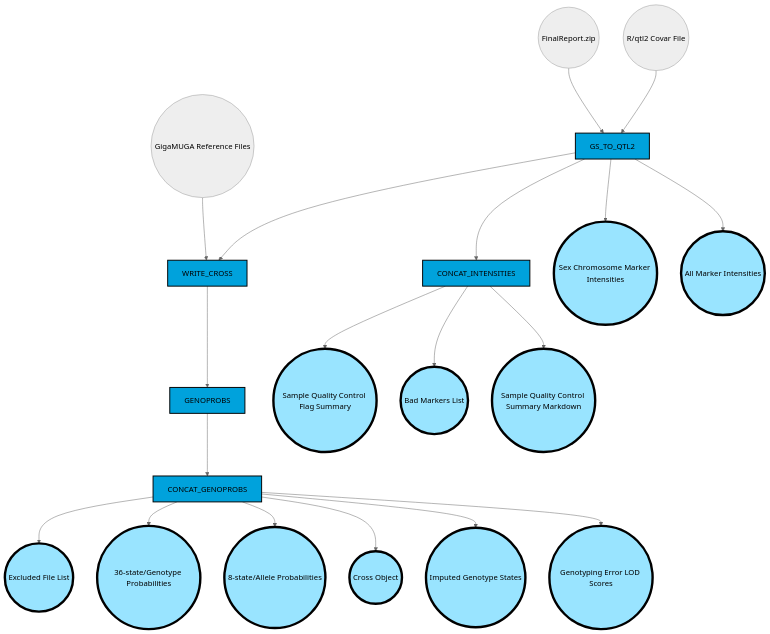
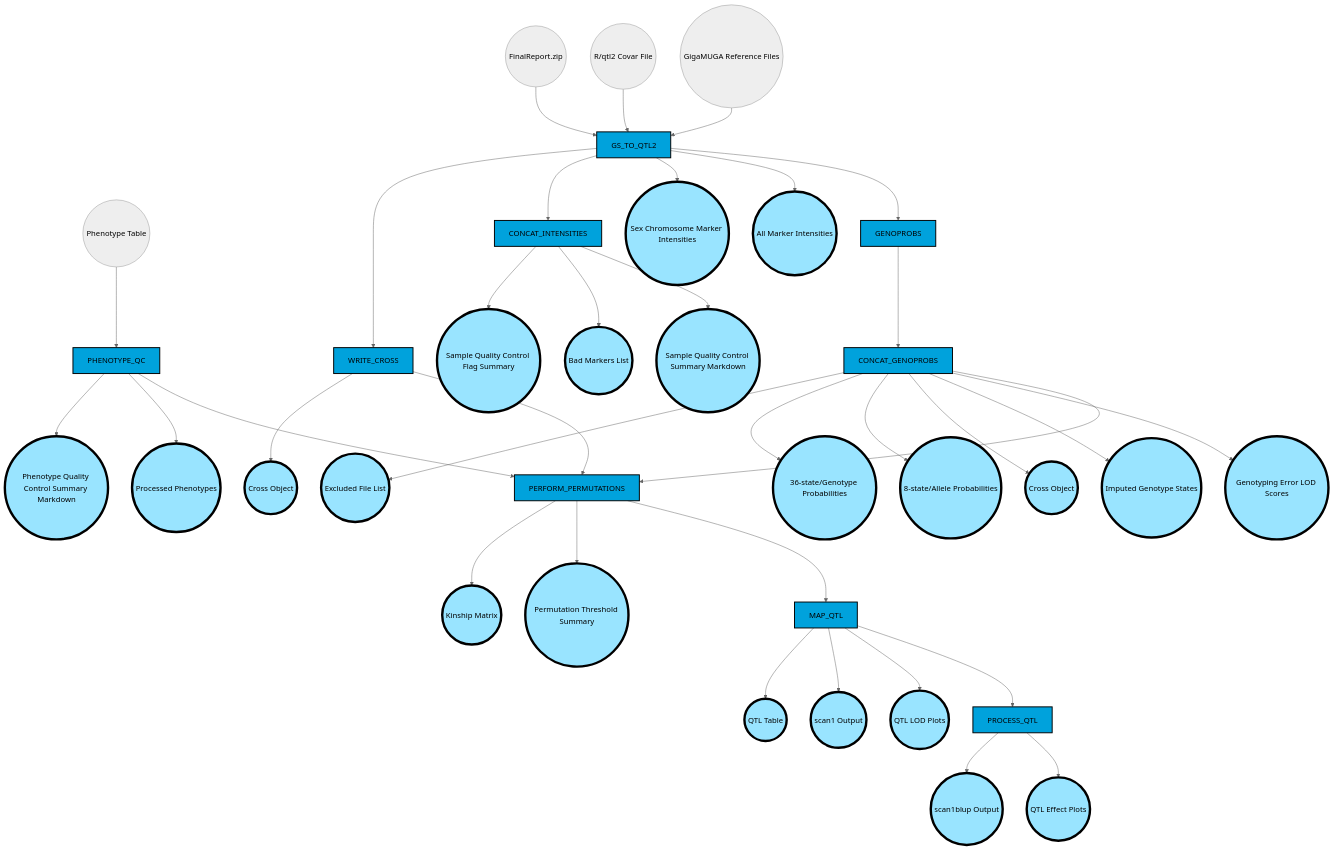
Before and after one commit to TheJacksonLaboratory/haplotype_reconstruction_qtl-nf: the diagram in README.md, drawn with Mermaid (neutral theme).

```diff
--- a/README.md
+++ b/README.md
@@ -23,11 +23,16 @@
     p0((FinalReport.zip))
     p1((R/qtl2 Covar File))
     p2((GigaMUGA Reference Files))
-    p3[GS_TO_QTL2]:::process
-    p4[WRITE_CROSS]:::process
-    p5[GENOPROBS]:::process
-    p6[CONCAT_GENOPROBS]:::process
-    p7[CONCAT_INTENSITIES]:::process
+    p3((Phenotype Table))
+    p4[GS_TO_QTL2]:::process
+    p5[WRITE_CROSS]:::process
+    p6[GENOPROBS]:::process
+    p7[CONCAT_GENOPROBS]:::process
+    p8[CONCAT_INTENSITIES]:::process
+    p9[PHENOTYPE_QC]:::process
+    p10[PERFORM_PERMUTATIONS]:::process
+    p11[MAP_QTL]:::process
+    p12[PROCESS_QTL]:::process
     o1((Sex Chromosome Marker Intensities)):::output
     o2((All Marker Intensities)):::output
     o3((Excluded File List)):::output
@@ -39,29 +44,59 @@
     o9((Sample Quality Control Flag Summary)):::output
     o10((Bad Markers List)):::output
     o11((Sample Quality Control Summary Markdown)):::output
+    o12((Phenotype Quality Control Summary Markdown)):::output
+    o13((Processed Phenotypes)):::output
+    o14((Kinship Matrix)):::output
+    o15((Permutation Threshold Summary)):::output
+    o16((QTL Table)):::output
+    o17((scan1 Output)):::output
+    o18((scan1blup Output)):::output
+    o19((QTL LOD Plots)):::output
+    o20((QTL Effect Plots)):::output
+    o21((Cross Object)):::output
 
-    p0 --> p3
-    p1 --> p3
+    p0 --> p4
+    p1 --> p4
 
-    p3 --> p4
-    p3 --> p7
-    p3 --> o1
-    p3 --> o2
+    p4 --> p5
+    p4 --> p8
+    p4 --> o1
+    p4 --> o2
 
     p2 --> p4
-    p4 --> p5
-    p5 --> p6
+    p4 --> p6
+    p5 --> o21
+    p6 --> p7
 
-    p6 --> o3
-    p6 --> o4
-    p6 --> o5
-    p6 --> o6
-    p6 --> o7
-    p6 --> o8
+    p7 --> o3
+    p7 --> o4
+    p7 --> o5
+    p7 --> o6
+    p7 --> o7
+    p7 --> o8
 
-    p7 --> o9
-    p7 --> o10
-    p7 --> o11
+    p8 --> o9
+    p8 --> o10
+    p8 --> o11
+
+    p3 --> p9
+    p9 --> o12
+    p9 --> o13
+    p9 --> p10
+
+    p5 --> p10
+    p7 --> p10
+    p10 --> o14
+    p10 --> o15
+    p10 --> p11
+
+    p11 --> o16
+    p11 --> o17
+    p11 --> o19
+    p11 --> p12
+
+    p12 --> o18
+    p12 --> o20
 
 classDef output fill:#99e4ff,stroke:#000000,stroke-width:5px,color:#000000
 classDef process fill:#00A2DC,stroke:#000000,stroke-width:2px,color:#000000
```
